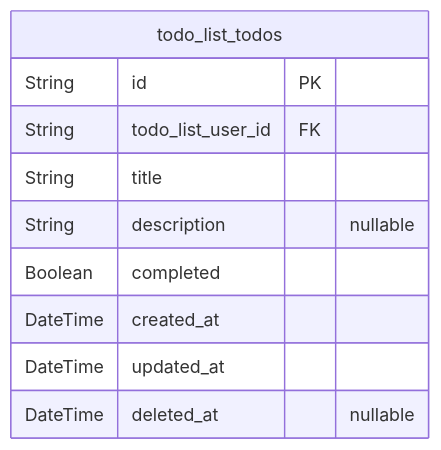
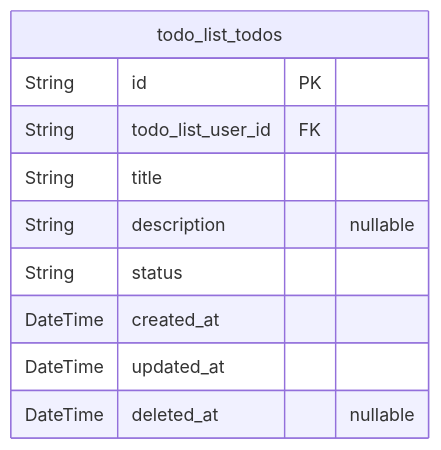
The second of 2 diagrams in anthropic/claude-sonnet-4.5/todo/docs/ERD.md (wrtnlabs/autobe-examples), drawn with Mermaid before and after one commit. The commit also changed other lines of this file and 16146 other files, not shown here.

````diff
--- a/anthropic/claude-sonnet-4.5/todo/docs/ERD.md
+++ b/anthropic/claude-sonnet-4.5/todo/docs/ERD.md
@@ -101,13 +145,13 @@
 ```mermaid
 erDiagram
 "todo_list_todos" {
   String id PK
   String todo_list_user_id FK
   String title
   String description "nullable"
-  Boolean completed
+  String status
   DateTime created_at
   DateTime updated_at
   DateTime deleted_at "nullable"
 }
 ```
````
